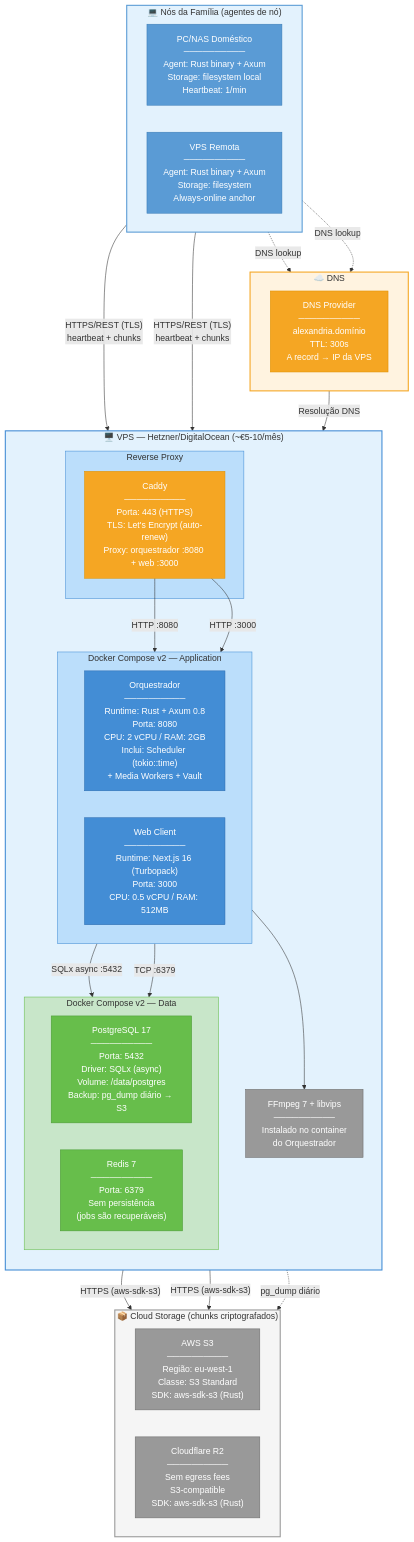
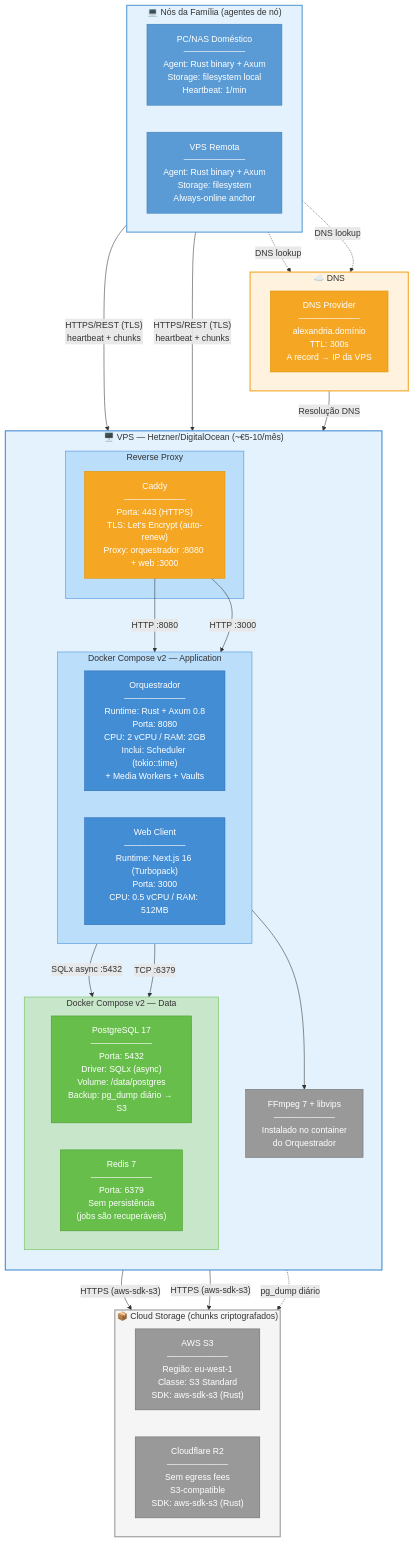
One commit to DouglasPrado/alexandria changed the diagram in docs/diagrams/deployment/production.mmd. Above: the diagram before and after it, drawn with Mermaid. The commit also changed 29 other files, not shown here.

```diff
--- a/docs/diagrams/deployment/production.mmd
+++ b/docs/diagrams/deployment/production.mmd
@@ -1,107 +1,107 @@
 %% ============================================================
 %% Diagrama de Deploy: Produção — Alexandria
 %% Referências: docs/blueprint/06-system_architecture.md
 %% Stack: Rust + Axum 0.8, Next.js 16, PostgreSQL 17, Redis 7
 %% ============================================================
 
 graph TB
 
     %% ===========================================================
     %% CAMADA: DNS
     %% ===========================================================
     subgraph DNS_LAYER["☁️ DNS"]
         direction LR
         DNS["DNS Provider<br/>──────────<br/>alexandria.domínio<br/>TTL: 300s<br/>A record → IP da VPS"]
     end
 
     %% ===========================================================
     %% CAMADA: VPS (Servidor Único)
     %% ===========================================================
     subgraph VPS["🖥️ VPS — Hetzner/DigitalOcean (~€5-10/mês)"]
         direction TB
 
         subgraph PROXY["Reverse Proxy"]
             Caddy["Caddy<br/>──────────<br/>Porta: 443 (HTTPS)<br/>TLS: Let's Encrypt (auto-renew)<br/>Proxy: orquestrador :8080 + web :3000"]
         end
 
         subgraph APP_TIER["Docker Compose v2 — Application"]
             direction LR
-            Orchestrator["Orquestrador<br/>──────────<br/>Runtime: Rust + Axum 0.8<br/>Porta: 8080<br/>CPU: 2 vCPU / RAM: 2GB<br/>Inclui: Scheduler (tokio::time)<br/>+ Media Workers + Vault"]
+            Orchestrator["Orquestrador<br/>──────────<br/>Runtime: Rust + Axum 0.8<br/>Porta: 8080<br/>CPU: 2 vCPU / RAM: 2GB<br/>Inclui: Scheduler (tokio::time)<br/>+ Media Workers + Vaults"]
             WebClient["Web Client<br/>──────────<br/>Runtime: Next.js 16 (Turbopack)<br/>Porta: 3000<br/>CPU: 0.5 vCPU / RAM: 512MB"]
         end
 
         subgraph DATA_TIER["Docker Compose v2 — Data"]
             direction LR
             DB_PRIMARY["PostgreSQL 17<br/>──────────<br/>Porta: 5432<br/>Driver: SQLx (async)<br/>Volume: /data/postgres<br/>Backup: pg_dump diário → S3"]
             Redis_P["Redis 7<br/>──────────<br/>Porta: 6379<br/>Sem persistência<br/>(jobs são recuperáveis)"]
         end
 
         FFmpeg_D["FFmpeg 7 + libvips<br/>──────────<br/>Instalado no container<br/>do Orquestrador"]
     end
 
     %% ===========================================================
     %% CAMADA: Storage Cloud
     %% ===========================================================
     subgraph CLOUD_STORAGE["📦 Cloud Storage (chunks criptografados)"]
         direction LR
         S3_Bucket["AWS S3<br/>──────────<br/>Região: eu-west-1<br/>Classe: S3 Standard<br/>SDK: aws-sdk-s3 (Rust)"]
         R2_Bucket["Cloudflare R2<br/>──────────<br/>Sem egress fees<br/>S3-compatible<br/>SDK: aws-sdk-s3 (Rust)"]
     end
 
     %% ===========================================================
     %% CAMADA: Nós da Família
     %% ===========================================================
     subgraph FAMILY_NODES["💻 Nós da Família (agentes de nó)"]
         direction LR
         PC["PC/NAS Doméstico<br/>──────────<br/>Agent: Rust binary + Axum<br/>Storage: filesystem local<br/>Heartbeat: 1/min"]
         VPS_Node["VPS Remota<br/>──────────<br/>Agent: Rust binary + Axum<br/>Storage: filesystem<br/>Always-online anchor"]
     end
 
     %% ===========================================================
     %% CONEXÕES
     %% ===========================================================
 
     DNS -->|"Resolução DNS"| Caddy
     Caddy -->|"HTTP :8080"| Orchestrator
     Caddy -->|"HTTP :3000"| WebClient
 
     Orchestrator -->|"SQLx async :5432"| DB_PRIMARY
     Orchestrator -->|"TCP :6379"| Redis_P
     Orchestrator --> FFmpeg_D
 
     Orchestrator -->|"HTTPS (aws-sdk-s3)"| S3_Bucket
     Orchestrator -->|"HTTPS (aws-sdk-s3)"| R2_Bucket
 
     DB_PRIMARY -.->|"pg_dump diário"| S3_Bucket
 
     PC -->|"HTTPS/REST (TLS)<br/>heartbeat + chunks"| Caddy
     VPS_Node -->|"HTTPS/REST (TLS)<br/>heartbeat + chunks"| Caddy
 
     PC -.->|"DNS lookup"| DNS
     VPS_Node -.->|"DNS lookup"| DNS
 
     %% ===========================================================
     %% ESTILOS
     %% ===========================================================
 
     style DNS_LAYER fill:#FFF3E0,stroke:#F5A623,stroke-width:2px,color:#333
     style DNS fill:#F5A623,stroke:#E09100,color:#fff
 
     style VPS fill:#E3F2FD,stroke:#438DD5,stroke-width:2px,color:#333
     style PROXY fill:#BBDEFB,stroke:#438DD5,stroke-width:1px,color:#333
     style APP_TIER fill:#BBDEFB,stroke:#438DD5,stroke-width:1px,color:#333
     style DATA_TIER fill:#C8E6C9,stroke:#67BE4B,stroke-width:1px,color:#333
     style Caddy fill:#F5A623,stroke:#E09100,color:#fff
     style Orchestrator fill:#438DD5,stroke:#2B6CB0,color:#fff
     style WebClient fill:#438DD5,stroke:#2B6CB0,color:#fff
     style DB_PRIMARY fill:#67BE4B,stroke:#4A9A35,color:#fff
     style Redis_P fill:#67BE4B,stroke:#4A9A35,color:#fff
     style FFmpeg_D fill:#999999,stroke:#6b6b6b,color:#fff
 
     style CLOUD_STORAGE fill:#F5F5F5,stroke:#999999,stroke-width:2px,color:#333
     style S3_Bucket fill:#999999,stroke:#6b6b6b,color:#fff
     style R2_Bucket fill:#999999,stroke:#6b6b6b,color:#fff
 
     style FAMILY_NODES fill:#E3F2FD,stroke:#5a9bd5,stroke-width:2px,color:#333
     style PC fill:#5a9bd5,stroke:#3a7bb5,color:#fff
     style VPS_Node fill:#5a9bd5,stroke:#3a7bb5,color:#fff
```
